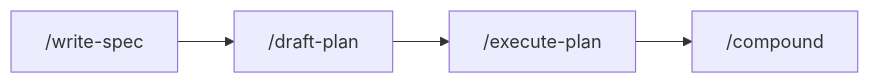
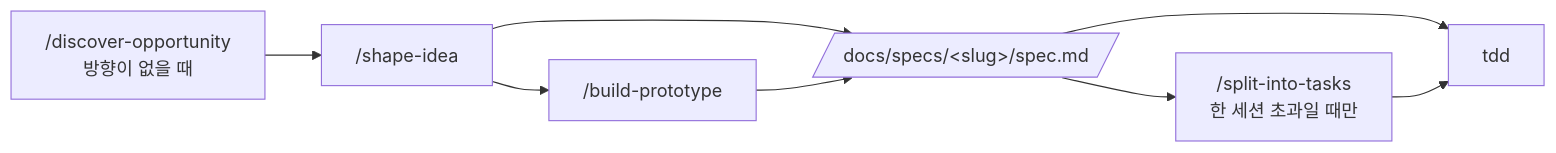
One commit to toy-crane/claude-code-playbook-template changed the diagram in README.md. Above: the diagram before and after it, drawn with Mermaid. The commit also changed other lines of this file and 79 other files, not shown here.

First line of the commit message:
워크플로우를 toy-crane/skills로 교체하고 Next.js·shadcn 최신화 (#87)

````diff
--- a/README.md
+++ b/README.md
@@ -68,6 +69,10 @@
 ```mermaid
 flowchart LR
-    B["/write-spec"] --> C["/draft-plan"]
-    C --> D["/execute-plan"]
-    D --> E["/compound"]
+    DO["/discover-opportunity<br/>방향이 없을 때"] --> SI["/shape-idea"]
+    SI --> BP["/build-prototype"]
+    SI --> SPEC[/"docs/specs/&lt;slug&gt;/spec.md"/]
+    BP --> SPEC
+    SPEC --> ST["/split-into-tasks<br/>한 세션 초과일 때만"]
+    SPEC --> TDD["tdd"]
+    ST --> TDD
 ```
````
